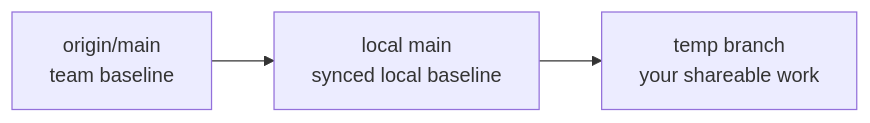
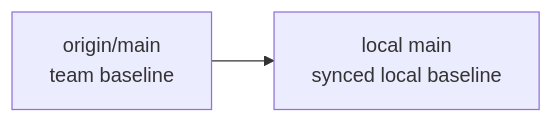
The first of 4 diagrams in docs/GIT_VISUAL_MAP.md (swinneyj/soc-plaform), drawn with Mermaid before and after one commit. The commit also changed other lines of this file and 6 other files, not shown here.

````diff
--- a/docs/GIT_VISUAL_MAP.md
+++ b/docs/GIT_VISUAL_MAP.md
@@ -23,5 +21,4 @@
 ```mermaid
 flowchart LR
     A[origin/main<br/>team baseline] --> B[local main<br/>synced local baseline]
-    B --> C[temp branch<br/>your shareable work]
 ```
````
